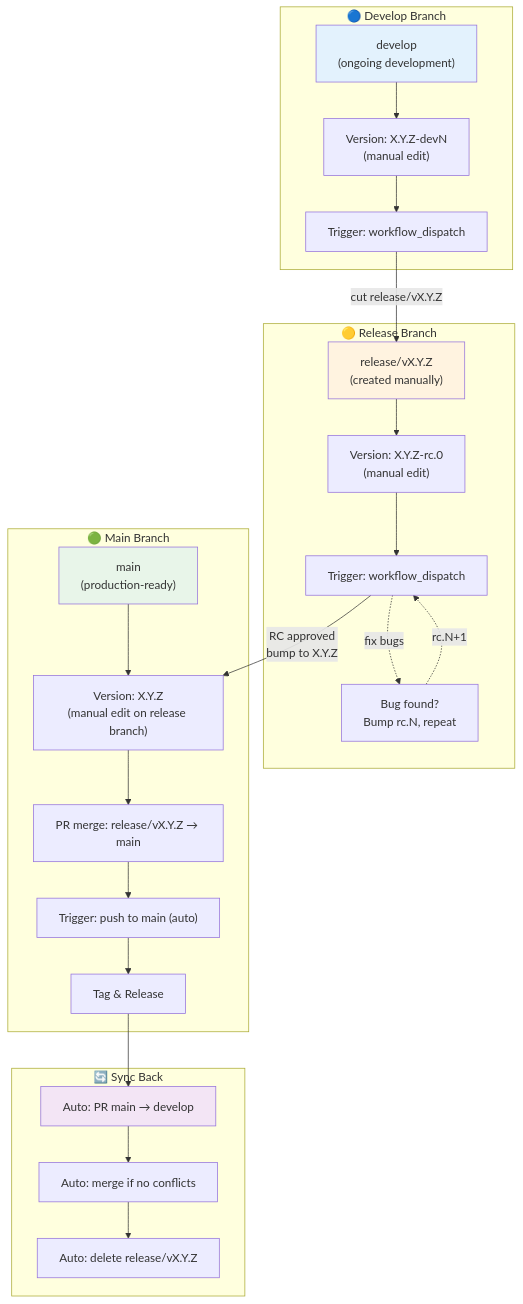
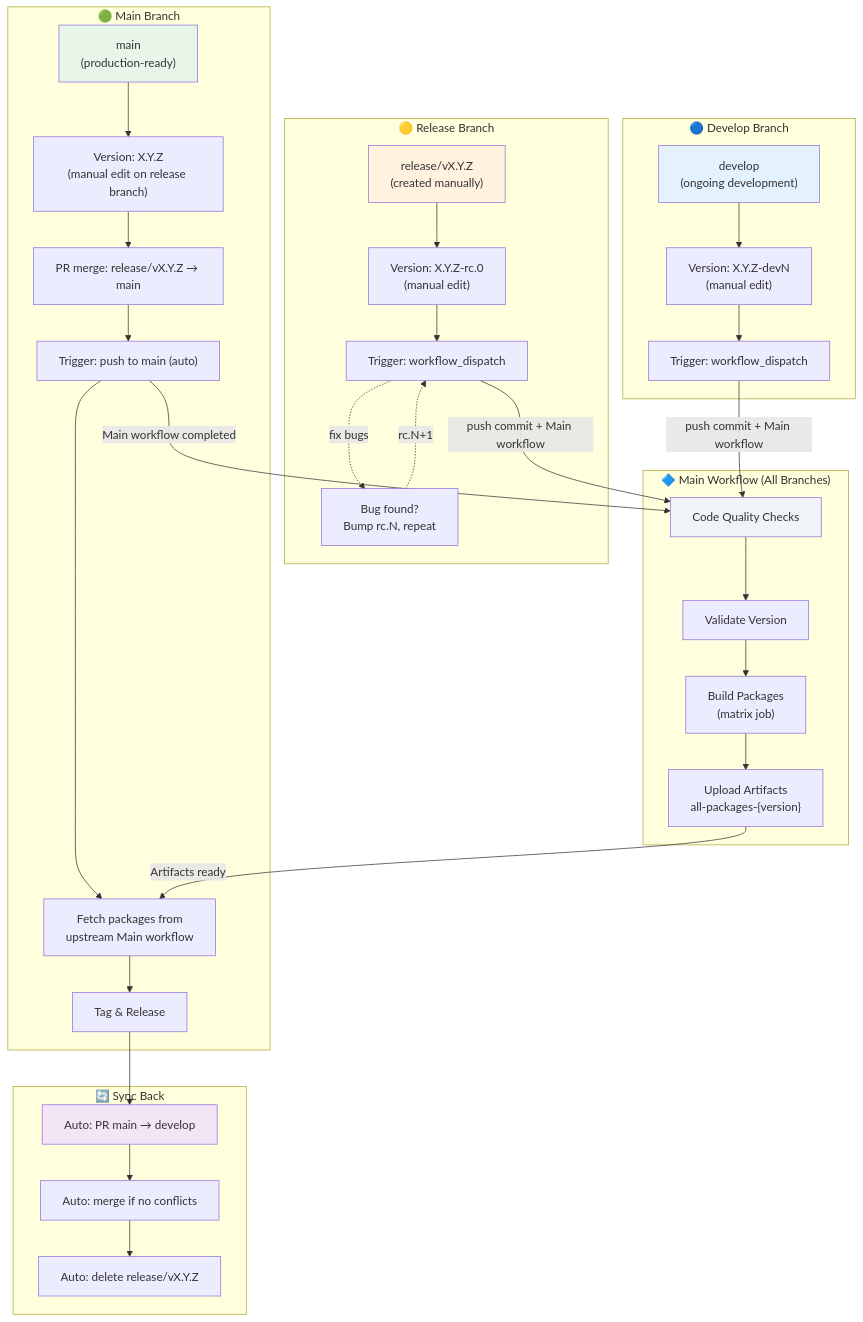
Before and after one commit to abhi8893/genai-shopping-assistant: the diagram in RELEASING.md, drawn with Mermaid. The commit also changed other lines of this file and 2 other files, not shown here.

Commit message:
refactor(ci): Move package builds to `main` workflow and reuse in `release` workflow  (#270)

````diff
--- a/RELEASING.md
+++ b/RELEASING.md
@@ -568,44 +629,56 @@
 ```mermaid
 graph TD
     subgraph develop["🔵 Develop Branch"]
         D1["develop<br/>(ongoing development)"]
         D2["Version: X.Y.Z-devN<br/>(manual edit)"]
         D3["Trigger: workflow_dispatch"]
         D1 --> D2 --> D3
     end
 
     subgraph release["🟡 Release Branch"]
         R1["release/vX.Y.Z<br/>(created manually)"]
         R2["Version: X.Y.Z-rc.0<br/>(manual edit)"]
         R3["Trigger: workflow_dispatch"]
         R4["Bug found?<br/>Bump rc.N, repeat"]
         R1 --> R2 --> R3
         R3 -.->|fix bugs| R4
         R4 -.->|rc.N+1| R3
     end
 
+    subgraph main_workflow["🔷 Main Workflow (All Branches)"]
+        MW1["Code Quality Checks"]
+        MW2["Validate Version"]
+        MW3["Build Packages<br/>(matrix job)"]
+        MW4["Upload Artifacts<br/>all-packages-{version}"]
+        MW1 --> MW2 --> MW3 --> MW4
+    end
+
     subgraph main["🟢 Main Branch"]
         M1["main<br/>(production-ready)"]
         M2["Version: X.Y.Z<br/>(manual edit on release branch)"]
         M3["PR merge: release/vX.Y.Z → main"]
         M4["Trigger: push to main (auto)"]
-        M5["Tag & Release"]
-        M1 --> M2 --> M3 --> M4 --> M5
+        M5["Fetch packages from<br/>upstream Main workflow"]
+        M6["Tag & Release"]
+        M1 --> M2 --> M3 --> M4 --> M5 --> M6
     end
 
     subgraph sync["🔄 Sync Back"]
         S1["Auto: PR main → develop"]
         S2["Auto: merge if no conflicts"]
         S3["Auto: delete release/vX.Y.Z"]
         S1 --> S2 --> S3
     end
 
-    D3 -->|cut release/vX.Y.Z| R1
-    R3 -->|RC approved<br/>bump to X.Y.Z| M2
-    M5 --> S1
+    D3 -->|push commit + Main workflow| MW1
+    R3 -->|push commit + Main workflow| MW1
+    M4 -->|Main workflow completed| MW1
+    MW4 -->|Artifacts ready| M5
+    M6 --> S1
 
     style D1 fill:#e3f2fd
     style R1 fill:#fff3e0
     style M1 fill:#e8f5e9
     style S1 fill:#f3e5f5
+    style MW1 fill:#f0f4f8
 ```
````
